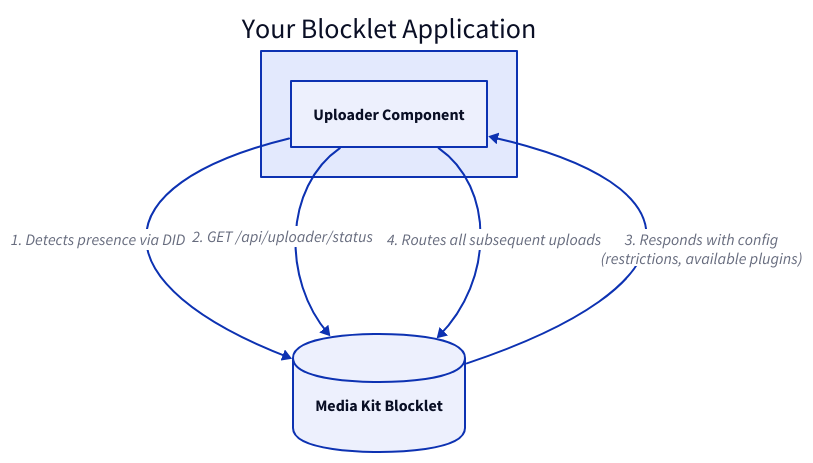
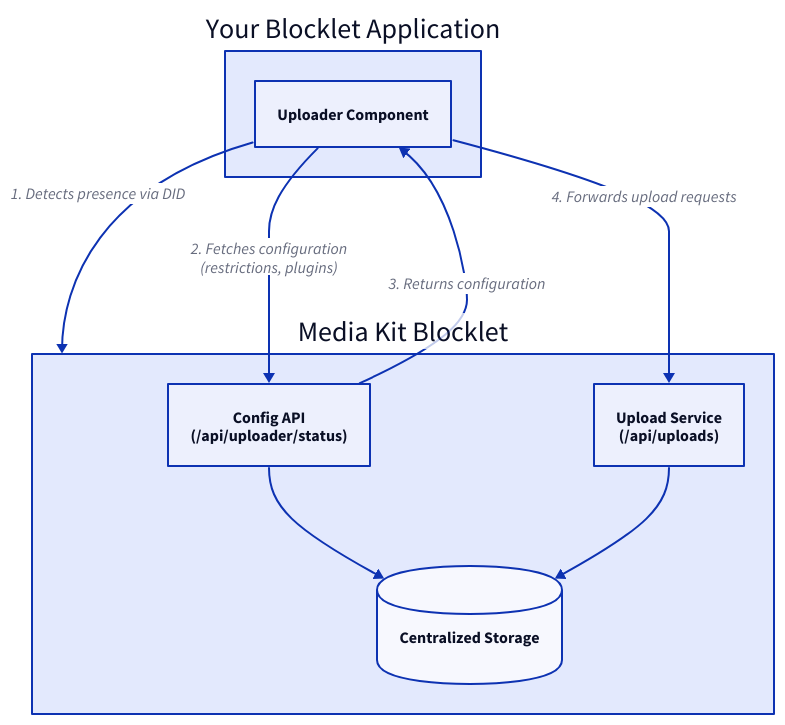
The diagram in .aigne/doc-smith/docs/concepts-media-kit-integration.md (blocklet/media-kit), drawn with D2 before and after one commit. The commit also changed other lines of this file and 25 other files, not shown here.

````diff
--- a/.aigne/doc-smith/docs/concepts-media-kit-integration.md
+++ b/.aigne/doc-smith/docs/concepts-media-kit-integration.md
@@ -17,23 +20,39 @@
 ```d2
 direction: down
 
 blocklet-app: {
   label: "Your Blocklet Application"
   shape: rectangle
 
   uploader-component: {
     label: "Uploader Component"
     shape: rectangle
   }
 }
 
 media-kit: {
   label: "Media Kit Blocklet"
-  shape: cylinder
+  shape: rectangle
+
+  config-api: {
+    label: "Config API\n(/api/uploader/status)"
+  }
+
+  upload-service: {
+    label: "Upload Service\n(/api/uploads)"
+  }
+
+  storage: {
+    label: "Centralized Storage"
+    shape: cylinder
+  }
+
+  config-api -> storage
+  upload-service -> storage
 }
 
 blocklet-app.uploader-component -> media-kit: "1. Detects presence via DID"
-blocklet-app.uploader-component -> media-kit: "2. GET /api/uploader/status"
-media-kit -> blocklet-app.uploader-component: "3. Responds with config\n(restrictions, available plugins)"
-blocklet-app.uploader-component -> media-kit: "4. Routes all subsequent uploads"
+blocklet-app.uploader-component -> media-kit.config-api: "2. Fetches configuration\n(restrictions, plugins)"
+media-kit.config-api -> blocklet-app.uploader-component: "3. Returns configuration"
+blocklet-app.uploader-component -> media-kit.upload-service: "4. Forwards upload requests"
 ```
````
